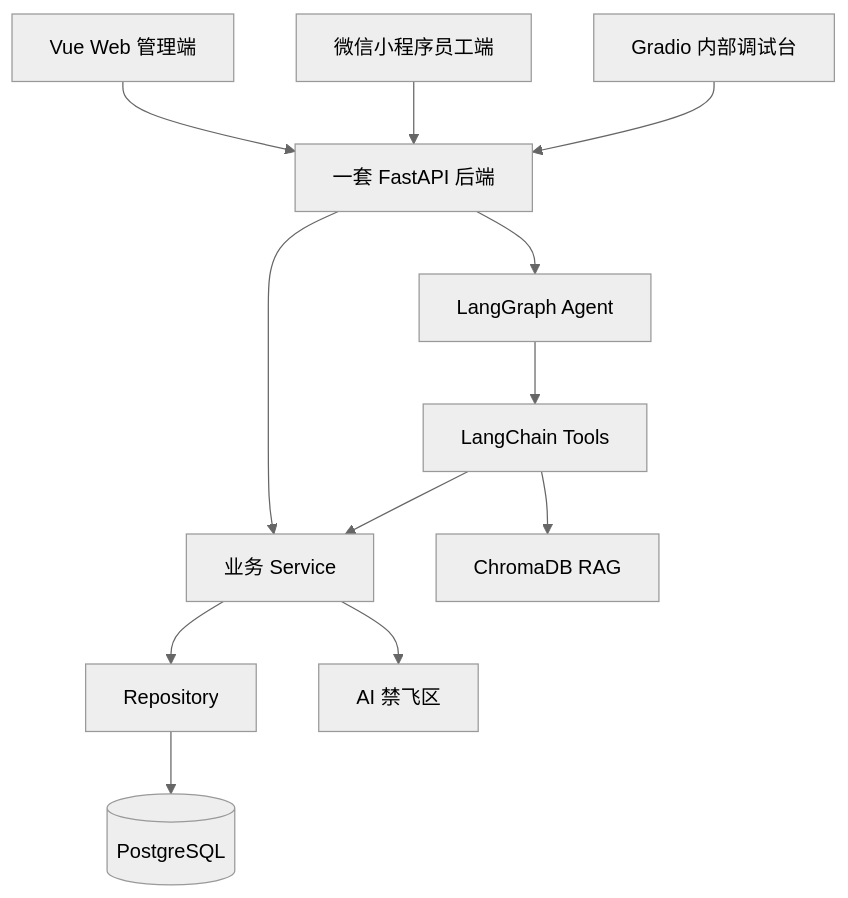
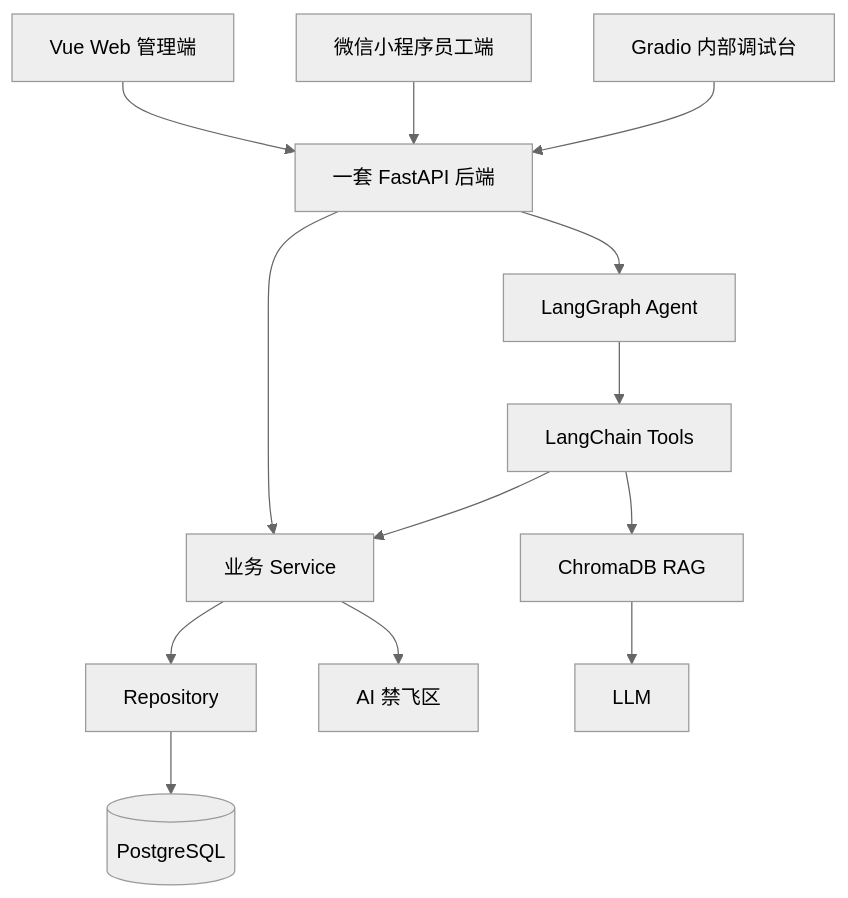
One commit to shmzl1/workspace-core changed the diagram in .agent/architecture.md. Above: the diagram before and after it, drawn with Mermaid (neutral theme). The commit also changed other lines of this file and 11 other files, not shown here.

````diff
--- a/.agent/architecture.md
+++ b/.agent/architecture.md
@@ -18,26 +24,27 @@
 ```mermaid
 flowchart TB
     Web[Vue Web 管理端]
     Mini[微信小程序员工端]
     Gradio[Gradio 内部调试台]
     API[一套 FastAPI 后端]
     Service[业务 Service]
     Repo[Repository]
     PG[(PostgreSQL)]
     Agent[LangGraph Agent]
     Tool[LangChain Tools]
     RAG[ChromaDB RAG]
     Human[AI 禁飞区]
 
     Web --> API
     Mini --> API
     Gradio --> API
     API --> Service
     Service --> Repo
     Repo --> PG
     API --> Agent
     Agent --> Tool
     Tool --> Service
     Tool --> RAG
+    RAG --> LLM[LLM]
     Service --> Human
 ```
````
